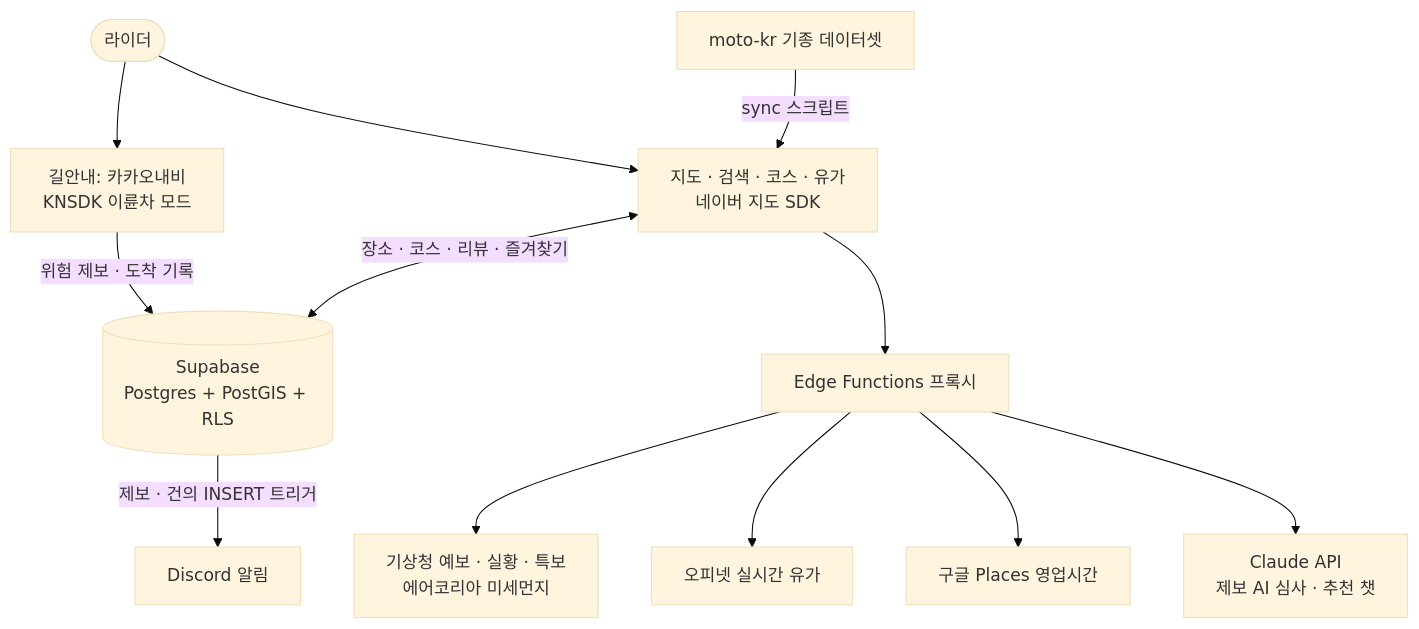
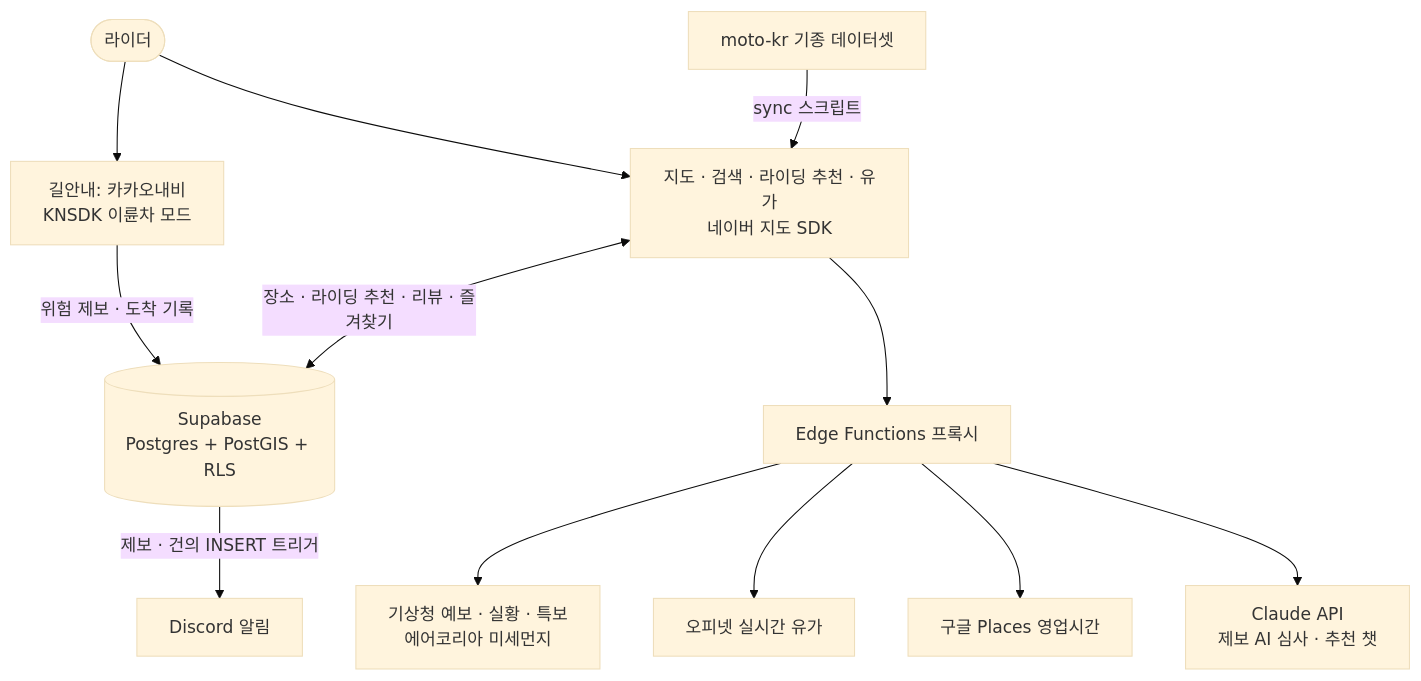
Before and after one commit to starhn87/motomap: the diagram in README.md, drawn with Mermaid (base theme). The commit also changed other lines of this file and 7 other files, not shown here.

````diff
--- a/README.md
+++ b/README.md
@@ -69,14 +69,14 @@
 ```mermaid
 flowchart TD
   R(["라이더"]) --> NAVI["길안내: 카카오내비<br/>KNSDK 이륜차 모드"]
-  R --> MAP["지도 · 검색 · 코스 · 유가<br/>네이버 지도 SDK"]
+  R --> MAP["지도 · 검색 · 라이딩 추천 · 유가<br/>네이버 지도 SDK"]
   MK["moto-kr 기종 데이터셋"] -->|"sync 스크립트"| MAP
   NAVI -->|"위험 제보 · 도착 기록"| DB
-  MAP <-->|"장소 · 코스 · 리뷰 · 즐겨찾기"| DB[("Supabase<br/>Postgres + PostGIS + RLS")]
+  MAP <-->|"장소 · 라이딩 추천 · 리뷰 · 즐겨찾기"| DB[("Supabase<br/>Postgres + PostGIS + RLS")]
   MAP --> EF["Edge Functions 프록시"]
   DB -->|"제보 · 건의 INSERT 트리거"| DC["Discord 알림"]
   EF --> KMA["기상청 예보 · 실황 · 특보<br/>에어코리아 미세먼지"]
   EF --> OPI["오피넷 실시간 유가"]
   EF --> GGL["구글 Places 영업시간"]
   EF --> CL["Claude API<br/>제보 AI 심사 · 추천 챗"]
 ```
````
